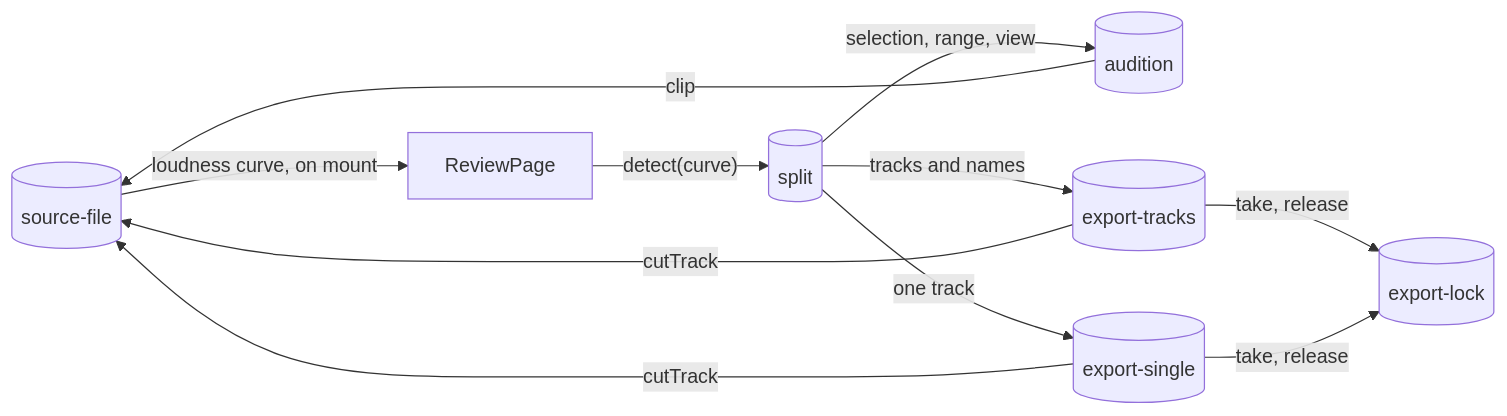
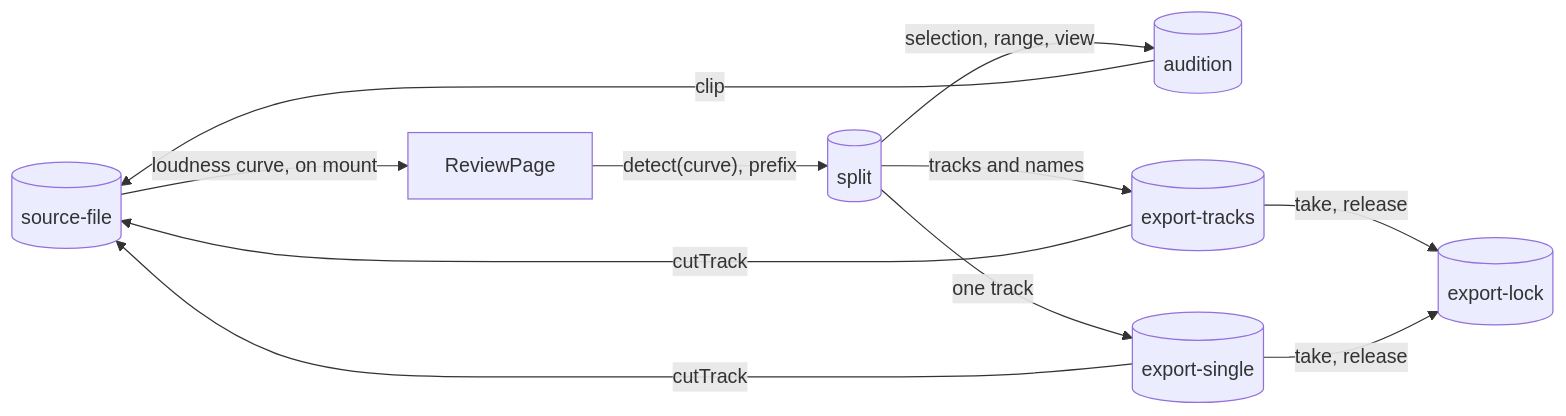
The second of 9 diagrams in docs/architecture.md (suleymanyaryev/audio-splitter), drawn with Mermaid before and after one commit. The commit also changed other lines of this file and 1 other file, not shown here.

Commit message:
docs: the page hands the split store the prefix too, and an empty name means the prefixed number
architecture.md's connection and its bullet now name the prefix beside the
loudness curve; the renameTrack comment no longer says an empty name falls
back to the bare number.

````diff
--- a/docs/architecture.md
+++ b/docs/architecture.md
@@ -54,21 +54,21 @@
 ```mermaid
 flowchart LR
   sourceFile[("source-file")]
   split[("split")]
   audition[("audition")]
   exporter[("export-tracks")]
   exporterSingle[("export-single")]
   exportLock[("export-lock")]
   reviewPage["ReviewPage"]
 
   sourceFile -- "loudness curve, on mount" --> reviewPage
-  reviewPage -- "detect(curve)" --> split
+  reviewPage -- "detect(curve), prefix" --> split
   split -- "selection, range, view" --> audition
   audition -- "clip" --> sourceFile
   split -- "tracks and names" --> exporter
   split -- "one track" --> exporterSingle
   exporter -- "cutTrack" --> sourceFile
   exporterSingle -- "cutTrack" --> sourceFile
   exporter -- "take, release" --> exportLock
   exporterSingle -- "take, release" --> exportLock
 ```
````
